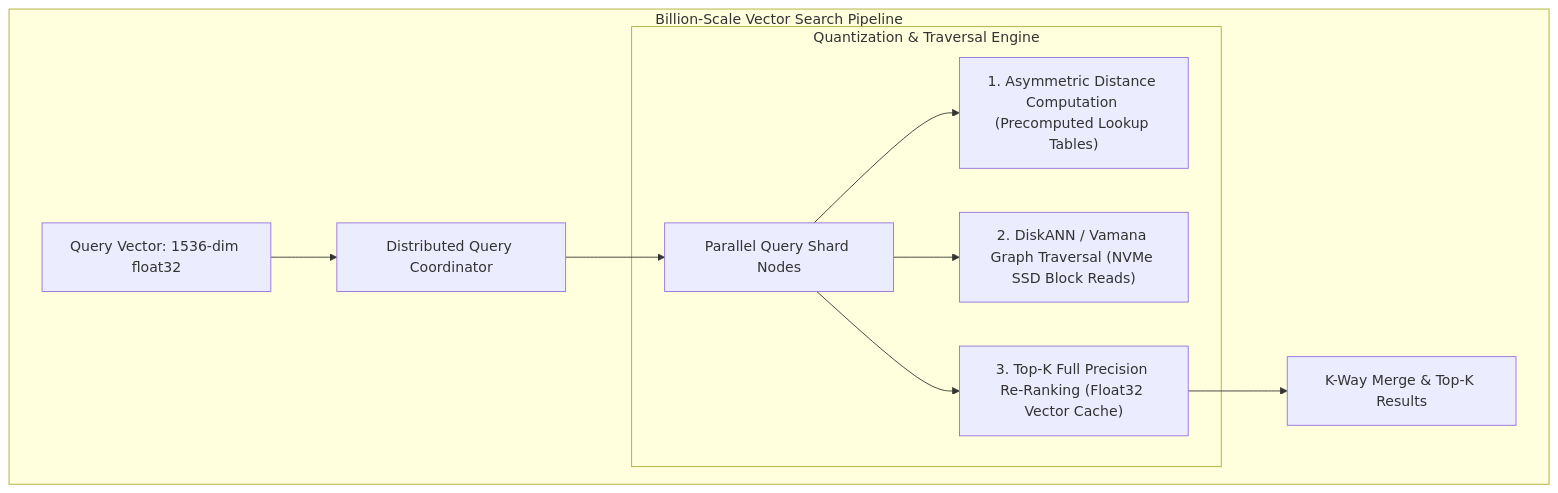
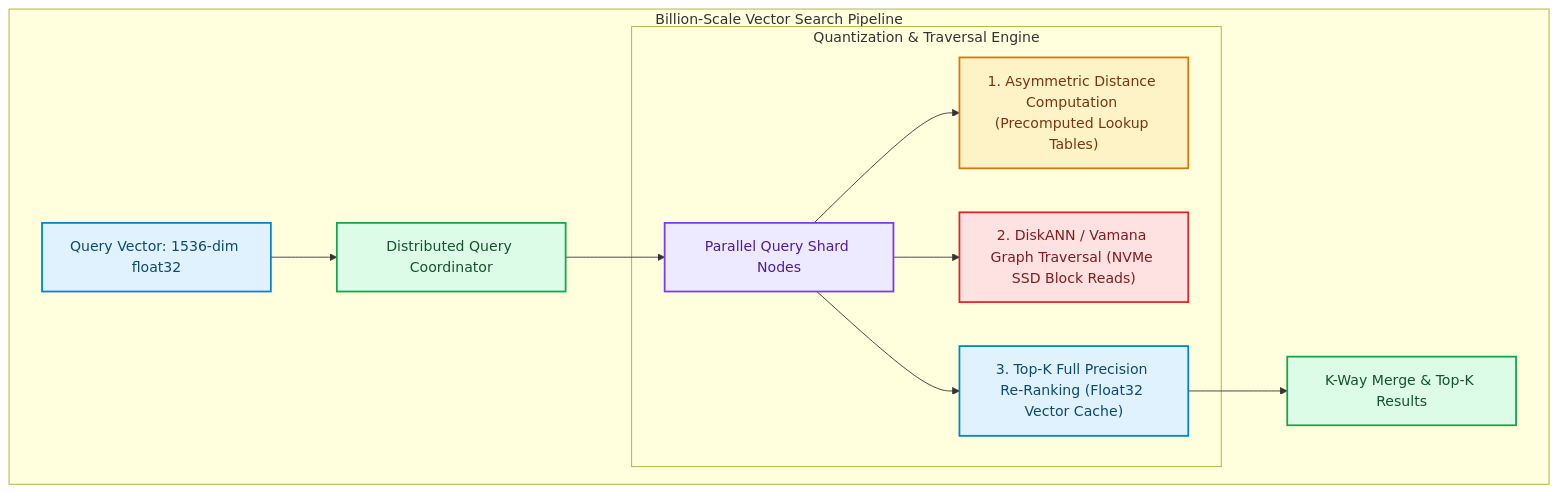
One commit to akmalkhaniub/akmalkhaniub.github.io changed the first of 3 diagrams in blog/posts/architecture-distributed-vector-databases-scale-hnsw-pq-diskann-billion-embeddings.md. Above: the diagram before and after it, drawn with Mermaid. The commit also changed other lines of this file and 1291 other files, not shown here.

First line of the commit message:
feat(catalog): unique covers, scholarly references, and diagram palettes

````diff
--- a/blog/posts/architecture-distributed-vector-databases-scale-hnsw-pq-diskann-billion-embeddings.md
+++ b/blog/posts/architecture-distributed-vector-databases-scale-hnsw-pq-diskann-billion-embeddings.md
@@ -15,15 +15,26 @@
 ```mermaid
 flowchart TD
   subgraph SG1_BillionScaleVector ["Billion-Scale Vector Search Pipeline"]
-    Query[Query Vector: 1536-dim float32] --> Coordinator[Distributed Query Coordinator]
-    Coordinator --> Shards[Parallel Query Shard Nodes]
+    Query["Query Vector: 1536-dim float32"] --> Coordinator["Distributed Query Coordinator"]
+    Coordinator --> Shards["Parallel Query Shard Nodes"]
     
     subgraph SG2_QuantizationTraversalEngine ["Quantization & Traversal Engine"]
       Shards --> ADC["1. Asymmetric Distance Computation (Precomputed Lookup Tables)"]
       Shards --> DiskANN["2. DiskANN / Vamana Graph Traversal (NVMe SSD Block Reads)"]
       Shards --> Rerank["3. Top-K Full Precision Re-Ranking (Float32 Vector Cache)"]
     end
     
-    Rerank --> Reduce[K-Way Merge & Top-K Results]
+    Rerank --> Reduce["K-Way Merge & Top-K Results"]
   end
+
+classDef green fill:#dcfce7,stroke:#16a34a,stroke-width:2px,color:#14532d;
+classDef red fill:#fee2e2,stroke:#dc2626,stroke-width:2px,color:#7f1d1d;
+classDef blue fill:#e0f2fe,stroke:#0284c7,stroke-width:2px,color:#0c4a6e;
+classDef yellow fill:#fef3c7,stroke:#d97706,stroke-width:2px,color:#78350f;
+classDef purple fill:#ede9fe,stroke:#7c3aed,stroke-width:2px,color:#4c1d95;
+class Query,Rerank blue
+class Coordinator,Reduce green
+class Shards purple
+class ADC yellow
+class DiskANN red
 ```
````
